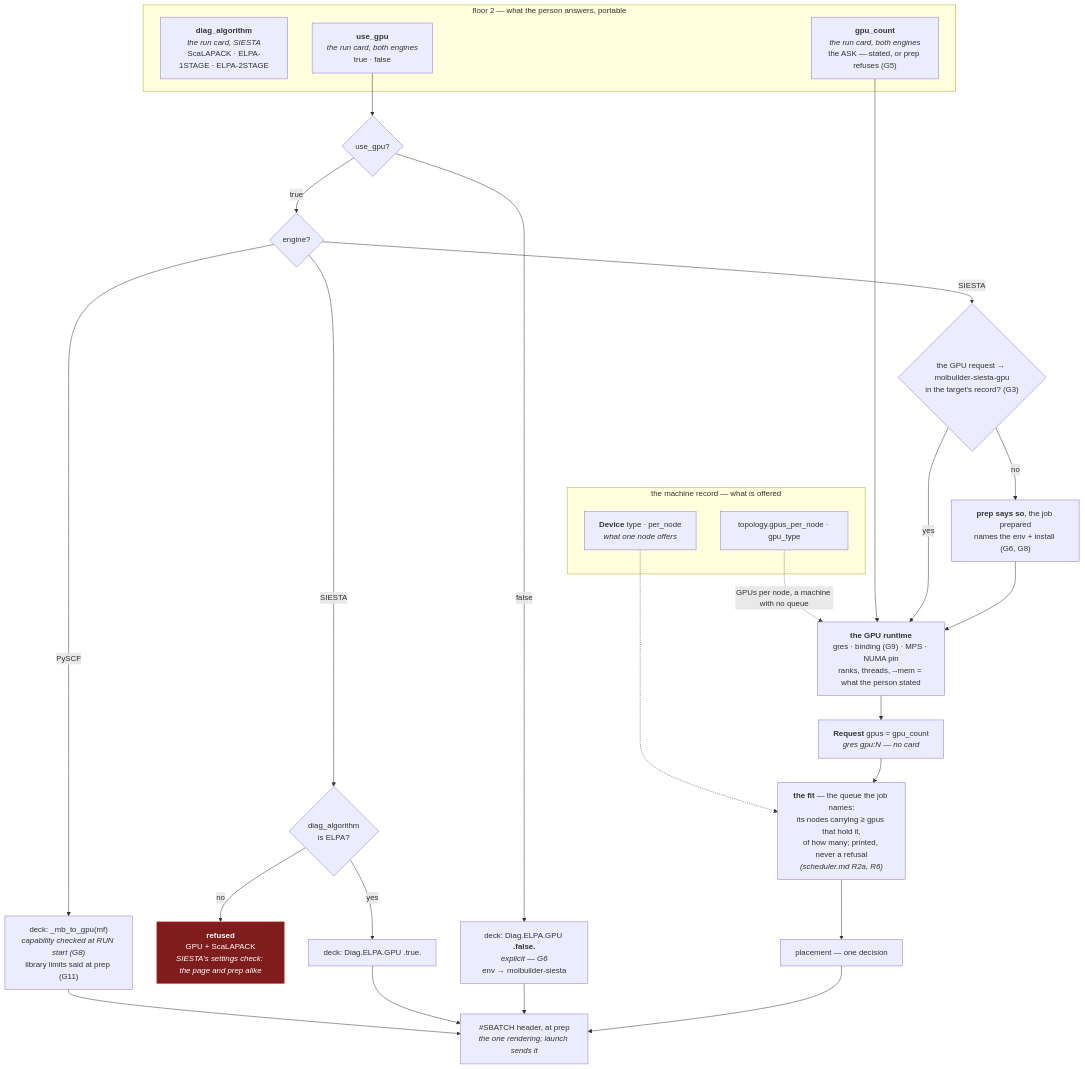
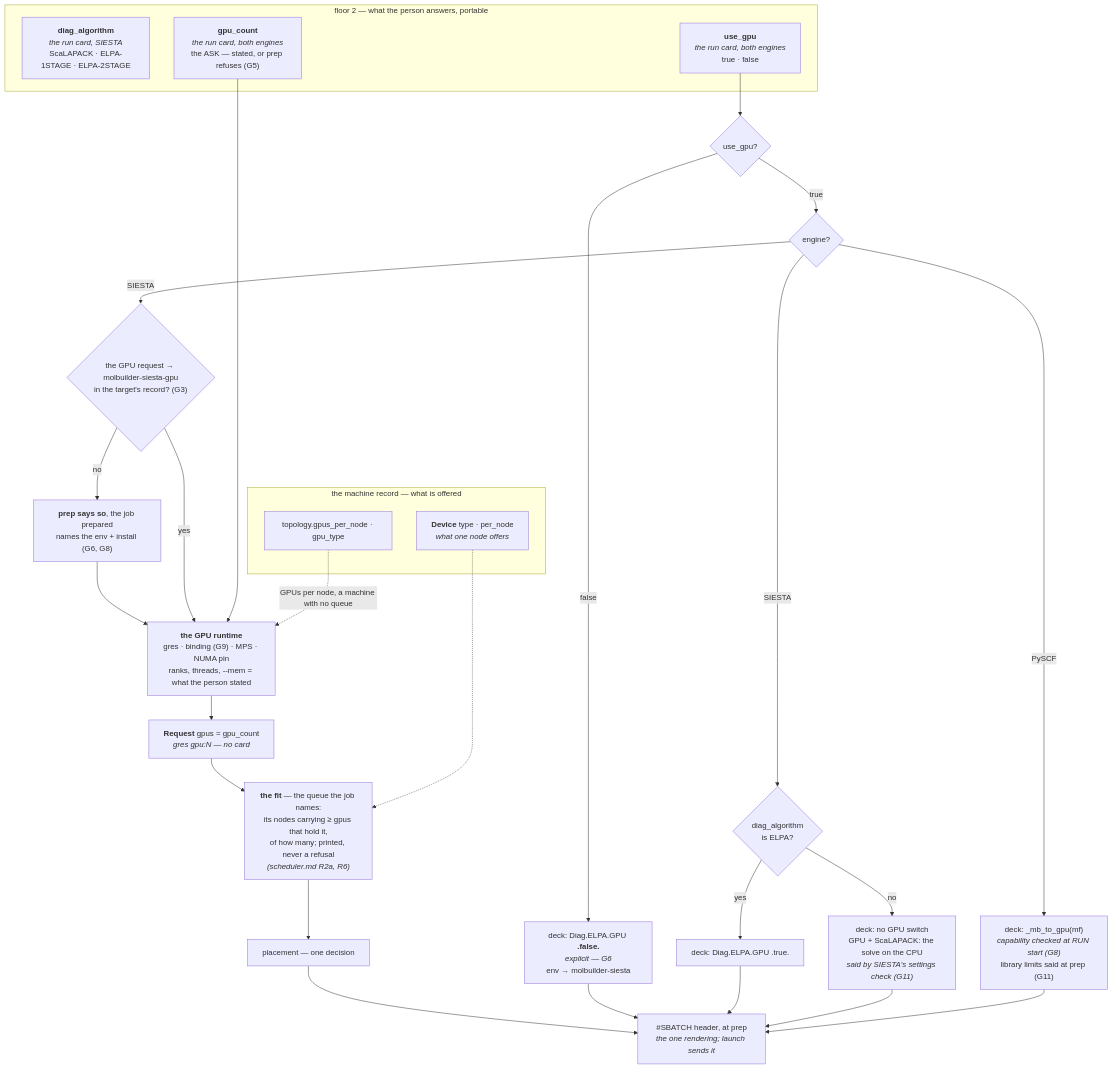
One commit to Qing-LAB/molbuilder changed the diagram in docs/execution/gpu.md. Above: the diagram before and after it, drawn with Mermaid. The commit also changed other lines of this file and 11 other files, not shown here.

First line of the commit message:
2.64.1: a SIESTA GPU run on ScaLAPACK is said, never refused

````diff
--- a/docs/execution/gpu.md
+++ b/docs/execution/gpu.md
@@ -256,44 +261,42 @@
 ```mermaid
 flowchart TB
     subgraph ASK["floor 2 — what the person answers, portable"]
         SOLVER["<b>diag_algorithm</b><br/><i>the run card, SIESTA</i><br/>ScaLAPACK · ELPA-1STAGE · ELPA-2STAGE"]
         WANT["<b>use_gpu</b><br/><i>the run card, both engines</i><br/>true · false"]
         COUNT["<b>gpu_count</b><br/><i>the run card, both engines</i><br/>the ASK — stated, or prep refuses (G5)"]
     end
 
     subgraph MACH["the machine record — what is offered"]
         DEV["<b>Device</b> type · per_node<br/><i>what one node offers</i>"]
         TOPO["topology.gpus_per_node · gpu_type"]
     end
 
     WANT --> Q1{"use_gpu?"}
     Q1 -->|false| CPU["deck: Diag.ELPA.GPU <b>.false.</b><br/><i>explicit — G6</i><br/>env → molbuilder-siesta"]
     Q1 -->|true| Q2{"engine?"}
 
     Q2 -->|SIESTA| Q3{"diag_algorithm<br/>is ELPA?"}
-    Q3 -->|no| REFUSE1["<b>refused</b><br/>GPU + ScaLAPACK<br/><i>SIESTA's settings check: the page and prep alike</i>"]
+    Q3 -->|no| SAID1["deck: no GPU switch<br/>GPU + ScaLAPACK: the solve on the CPU<br/><i>said by SIESTA's settings check (G11)</i>"]
     Q3 -->|yes| DECK["deck: Diag.ELPA.GPU .true."]
     ENV{"the GPU request → molbuilder-siesta-gpu<br/>in the target's record? (G3)"}
     Q2 -->|SIESTA| ENV
     Q2 -->|PySCF| PYDECK["deck: _mb_to_gpu(mf)<br/><i>capability checked at RUN start (G8)</i><br/>library limits said at prep (G11)"]
 
     ENV -->|no| SAID2["<b>prep says so</b>, the job prepared<br/>names the env + install (G6, G8)"]
     SAID2 --> RT
     ENV -->|yes| RT["<b>the GPU runtime</b><br/>gres · binding (G9) · MPS · NUMA pin<br/>ranks, threads, --mem = what the person stated"]
 
     COUNT --> RT
     TOPO -.->|"GPUs per node, a machine with no queue"| RT
     RT --> REQ["<b>Request</b> gpus = gpu_count<br/><i>gres gpu:N — no card</i>"]
 
     REQ --> FIT["<b>the fit</b> — the queue the job names:<br/>its nodes carrying ≥ gpus that hold it,<br/>of how many; printed, never a refusal<br/><i>(scheduler.md R2a, R6)</i>"]
     DEV -.-> FIT
     FIT --> PLACE["placement — one decision"]
     PLACE --> OUT["#SBATCH header, at prep<br/><i>the one rendering; launch sends it</i>"]
 
     CPU --> OUT
     DECK --> OUT
+    SAID1 --> OUT
     PYDECK --> OUT
-
-    classDef refuse fill:#7f1d1d,stroke:#ef4444,color:#fff
-    class REFUSE1 refuse
 ```
````
